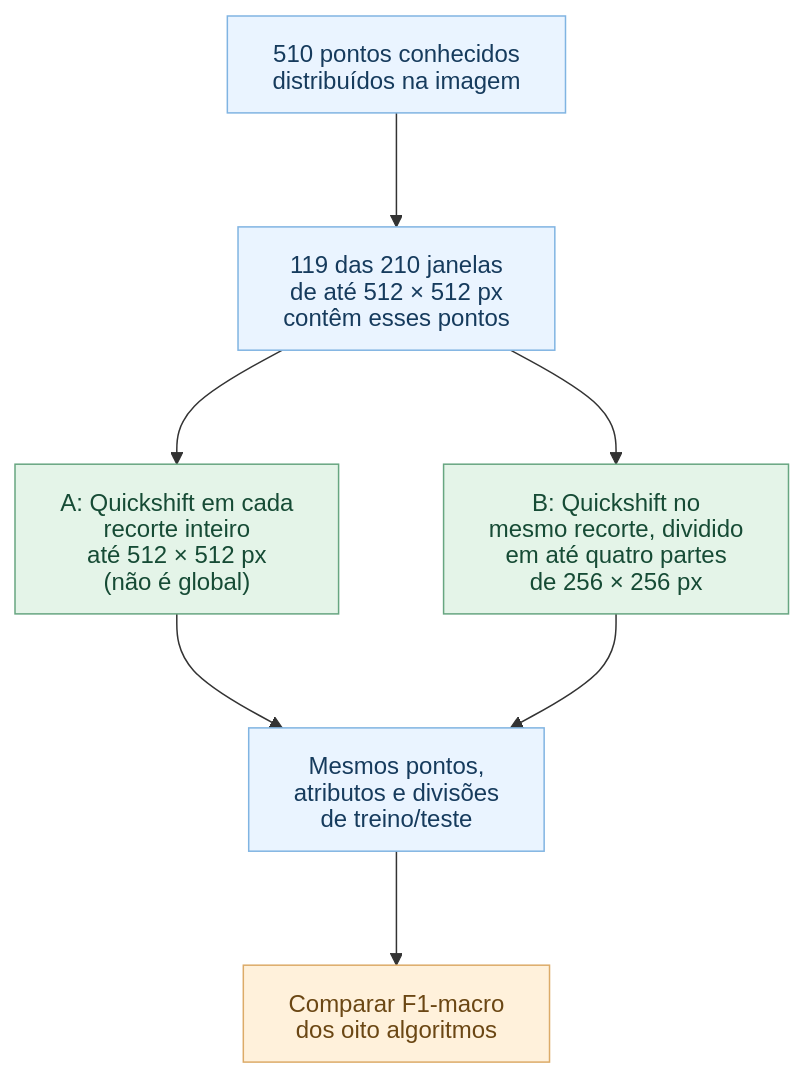
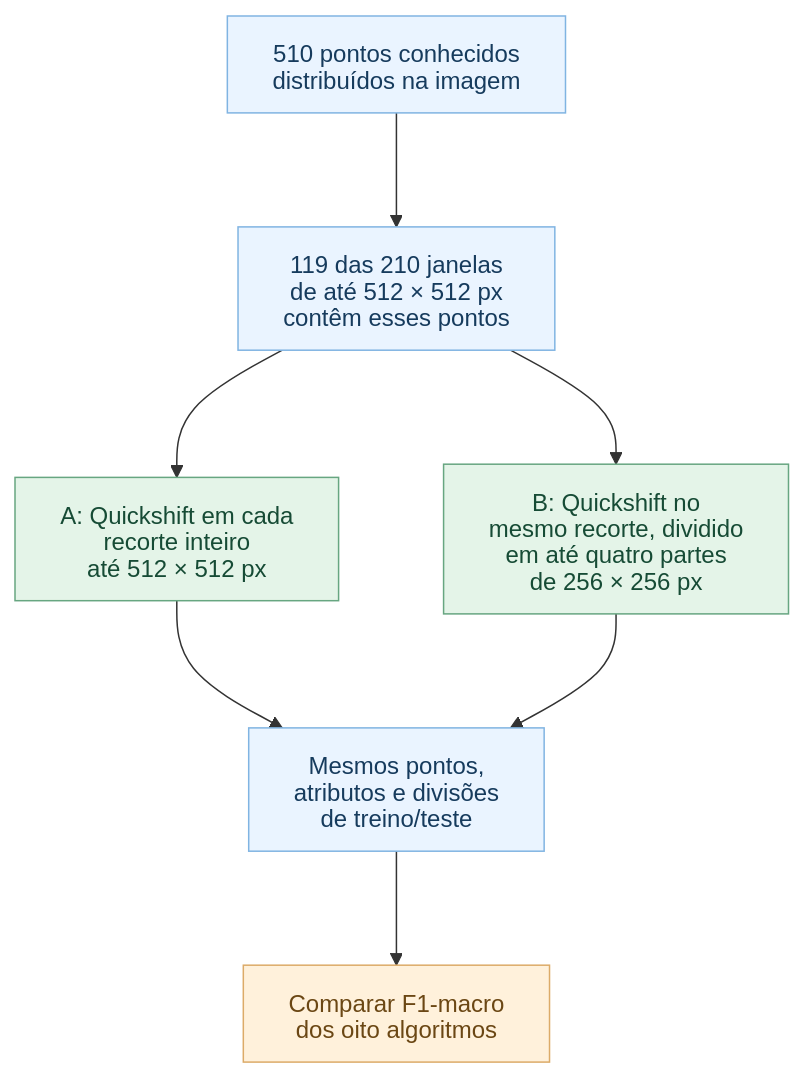
One commit to BrenoBragaGalvao/mestrado-arvores-urbanas changed the fourth of 4 diagrams in README.md. Above: the diagram before and after it, drawn with Mermaid.

Commit message:
docs: simplifica rótulo Quickshift em recortes de 512 px

````diff
--- a/README.md
+++ b/README.md
@@ -395,17 +395,17 @@
 ```mermaid
 %%{init: {"flowchart": {"nodeSpacing": 70, "rankSpacing": 76}, "htmlLabels": false, "themeVariables": {"fontFamily": "Arial, sans-serif", "fontSize": "16px"}}}%%
 flowchart TD
     P["510 pontos conhecidos<br/>distribuídos na imagem"] --> A["119 das 210 janelas<br/>de até 512 × 512 px<br/>contêm esses pontos"]
-    A --> B["A: Quickshift em cada<br/>recorte inteiro<br/>até 512 × 512 px<br/>(não é global)"]
+    A --> B["A: Quickshift em cada<br/>recorte inteiro<br/>até 512 × 512 px"]
     A --> C["B: Quickshift no<br/>mesmo recorte, dividido<br/>em até quatro partes<br/>de 256 × 256 px"]
     B --> D["Mesmos pontos,<br/>atributos e divisões<br/>de treino/teste"]
     C --> D
     D --> E["Comparar F1-macro<br/>dos oito algoritmos"]
 
     classDef dados fill:#eaf4ff,stroke:#80b4e2,color:#163b5d;
     classDef metodo fill:#e4f4e8,stroke:#67a681,color:#164b35;
     classDef resultado fill:#fff1db,stroke:#dcab68,color:#6b4714;
     class P,A,D dados;
     class B,C metodo;
     class E resultado;
 ```
````
